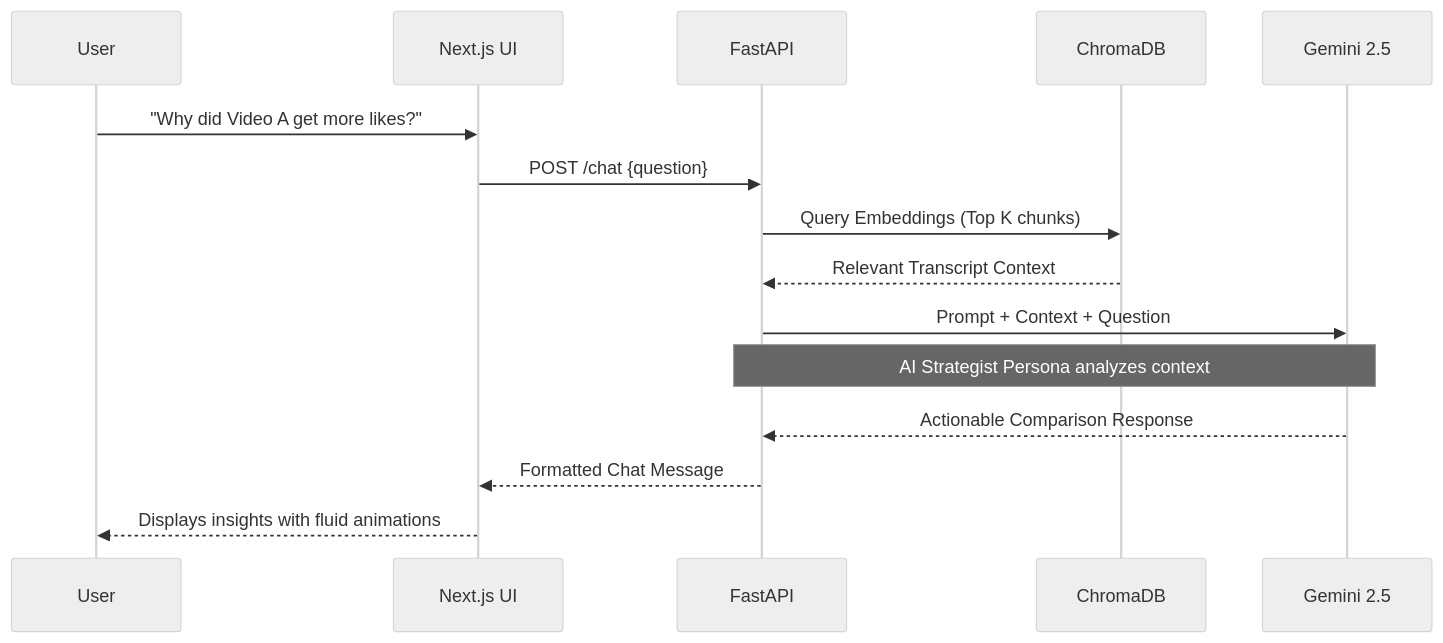
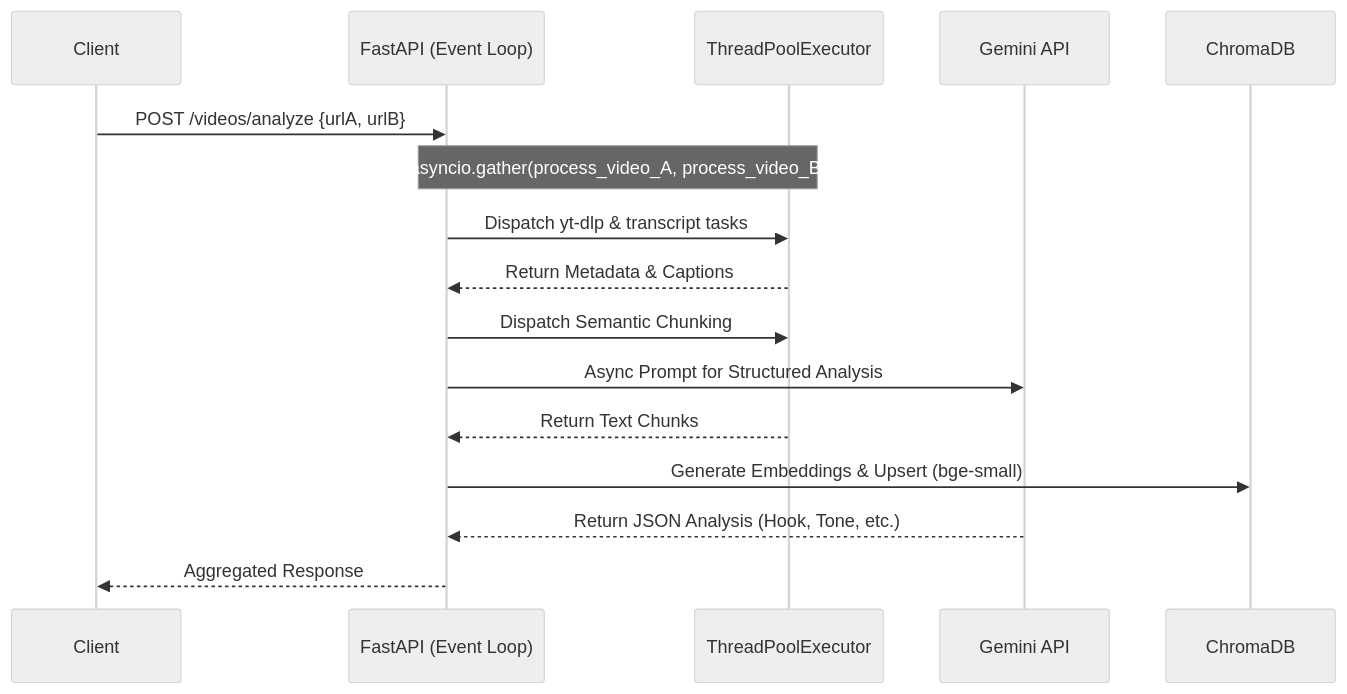
One commit to vidhiomar/Agentic-VideoRAG changed the second of 2 diagrams in README.md. Above: the diagram before and after it, drawn with Mermaid (neutral theme). The commit also changed other lines of this file, not shown here.

````diff
--- a/README.md
+++ b/README.md
@@ -74,18 +71,19 @@
 ```mermaid
 sequenceDiagram
-    participant U as User
-    participant F as Next.js UI
-    participant B as FastAPI
-    participant V as ChromaDB
-    participant L as Gemini 2.5
+    participant U as Client
+    participant F as FastAPI (Event Loop)
+    participant T as ThreadPoolExecutor
+    participant LLM as Gemini API
+    participant VDB as ChromaDB
 
-    U->>F: "Why did Video A get more likes?"
-    F->>B: POST /chat {question}
-    B->>V: Query Embeddings (Top K chunks)
-    V-->>B: Relevant Transcript Context
-    B->>L: Prompt + Context + Question
-    Note over B,L: AI Strategist Persona analyzes context
-    L-->>B: Actionable Comparison Response
-    B-->>F: Formatted Chat Message
-    F-->>U: Displays insights with fluid animations
+    U->>F: POST /videos/analyze {urlA, urlB}
+    Note over F,T: asyncio.gather(process_video_A, process_video_B)
+    F->>T: Dispatch yt-dlp & transcript tasks
+    T-->>F: Return Metadata & Captions
+    F->>T: Dispatch Semantic Chunking
+    F->>LLM: Async Prompt for Structured Analysis
+    T-->>F: Return Text Chunks
+    F->>VDB: Generate Embeddings & Upsert (bge-small)
+    LLM-->>F: Return JSON Analysis (Hook, Tone, etc.)
+    F-->>U: Aggregated Response
 ```
````
